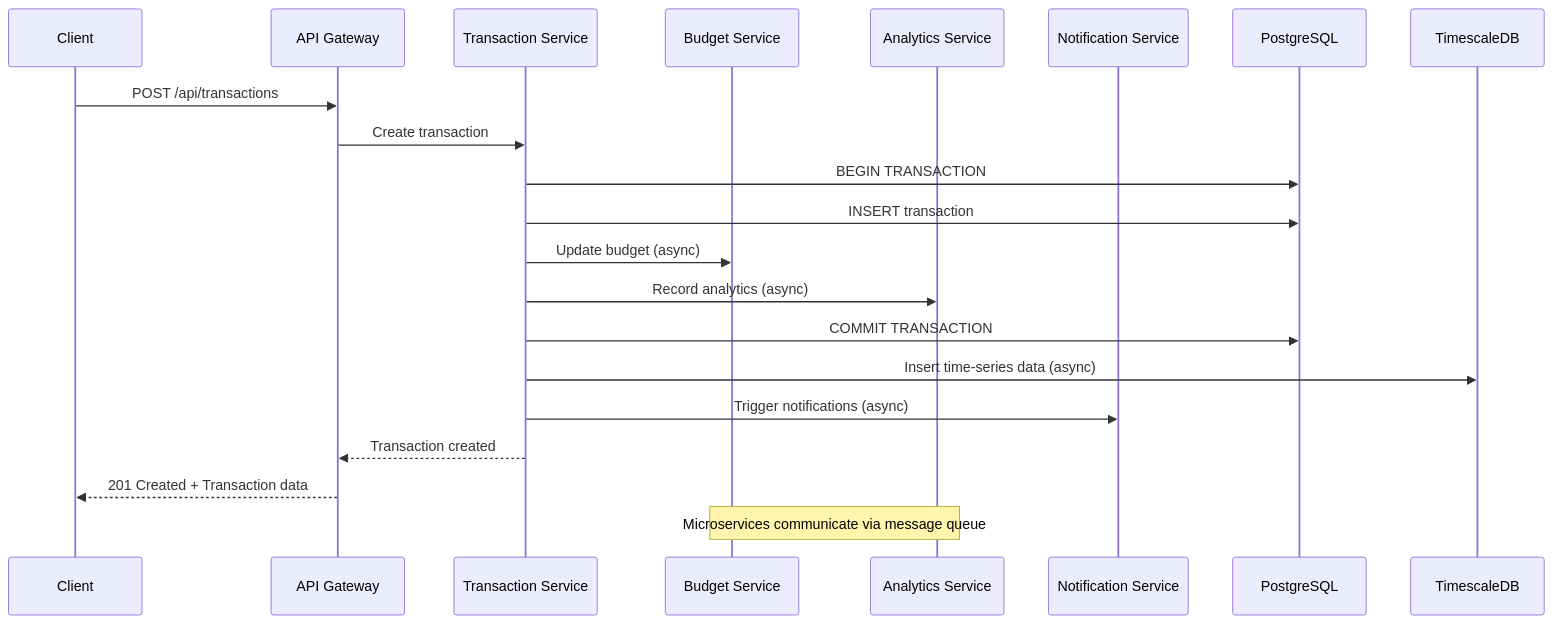
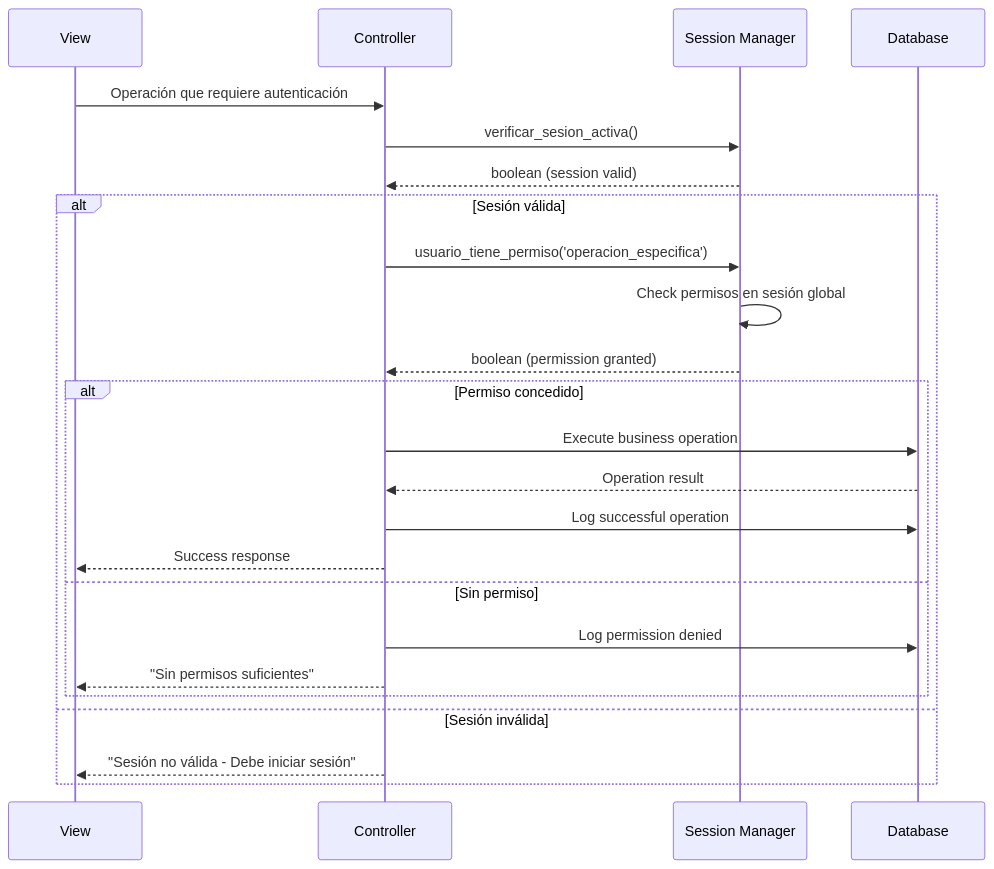
Before and after one commit to estebanfabianp/app-presopuesto: the third of 4 diagrams in documentacion/ARCHITECTURE.md, drawn with Mermaid. The commit also changed other lines of this file and 25 other files, not shown here.

````diff
--- a/documentacion/ARCHITECTURE.md
+++ b/documentacion/ARCHITECTURE.md
@@ -336,25 +271,29 @@
 ```mermaid
 sequenceDiagram
-    participant C as Client
-    participant G as API Gateway
-    participant T as Transaction Service
-    participant B as Budget Service
-    participant A as Analytics Service
-    participant N as Notification Service
-    participant D as PostgreSQL
-    participant TS as TimescaleDB
+    participant V as View
+    participant C as Controller
+    participant S as Session Manager
+    participant D as Database
     
-    C->>G: POST /api/transactions
-    G->>T: Create transaction
-    T->>D: BEGIN TRANSACTION
-    T->>D: INSERT transaction
-    T->>B: Update budget (async)
-    T->>A: Record analytics (async)
-    T->>D: COMMIT TRANSACTION
-    T->>TS: Insert time-series data (async)
-    T->>N: Trigger notifications (async)
-    T-->>G: Transaction created
-    G-->>C: 201 Created + Transaction data
+    V->>C: Operación que requiere autenticación
+    C->>S: verificar_sesion_activa()
+    S-->>C: boolean (session valid)
     
-    Note over B,A: Microservices communicate via message queue
+    alt Sesión válida
+        C->>S: usuario_tiene_permiso('operacion_especifica')
+        S->>S: Check permisos en sesión global
+        S-->>C: boolean (permission granted)
+        
+        alt Permiso concedido
+            C->>D: Execute business operation
+            D-->>C: Operation result
+            C->>D: Log successful operation
+            C-->>V: Success response
+        else Sin permiso
+            C->>D: Log permission denied
+            C-->>V: "Sin permisos suficientes"
+        end
+    else Sesión inválida
+        C-->>V: "Sesión no válida - Debe iniciar sesión"
+    end
 ```
````
